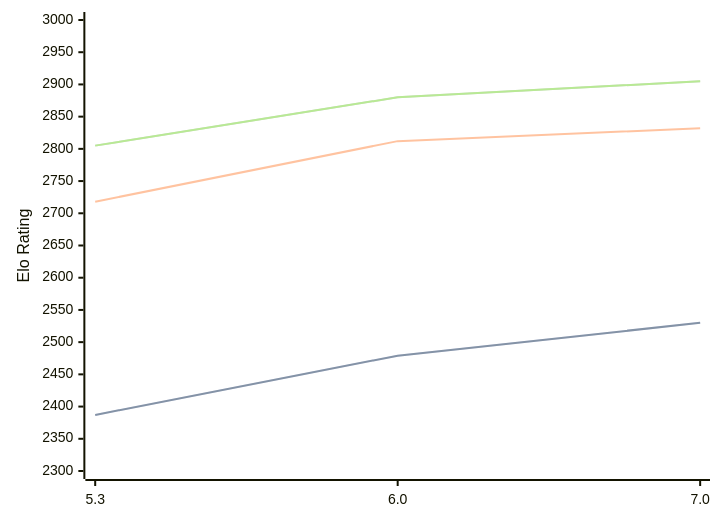
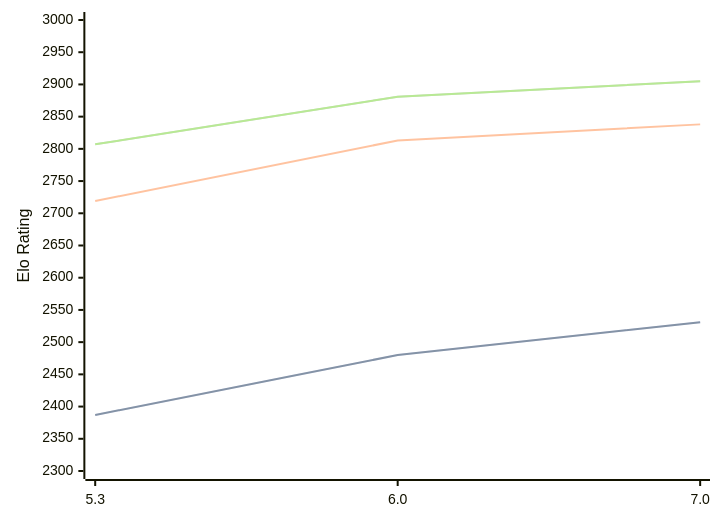
The diagram in engines/tomitankChess.md (computer-chess-index/cci), drawn with Mermaid before and after one commit. The commit also changed other lines of this file, not shown here.

Commit message:
Update CCI Ratings (ELO VLTC) - 2026-08-29

````diff
--- a/engines/tomitankChess.md
+++ b/engines/tomitankChess.md
@@ -33,11 +33,11 @@
 ```mermaid
 %%{init: {"theme":"base","themeVariables":{"seriesColors:['#a3a3a3','#222221','#faa371']}}}%%
 xychart-beta
   x-axis ["5.3", "6.0", "7.0"]
   y-axis "Elo Rating" 2300 --> 3000
-  line "" [2387, 2479, 2530]
-  line "STC (8.0+0.08s)" [2387, 2479, 2530]
-  line "LTC (60.0+0.60s)" [2718, 2812, 2832]
-  line "" [2805, 2880, 2905]
-  line "VLTC (2m24s+1.12s)" [2805, 2880, 2905]
+  line "" [2387, 2480, 2531]
+  line "STC (8.0+0.08s)" [2387, 2480, 2531]
+  line "LTC (60.0+0.60s)" [2719, 2813, 2838]
+  line "" [2807, 2881, 2905]
+  line "VLTC (2m24s+1.12s)" [2807, 2881, 2905]
 ```
````
